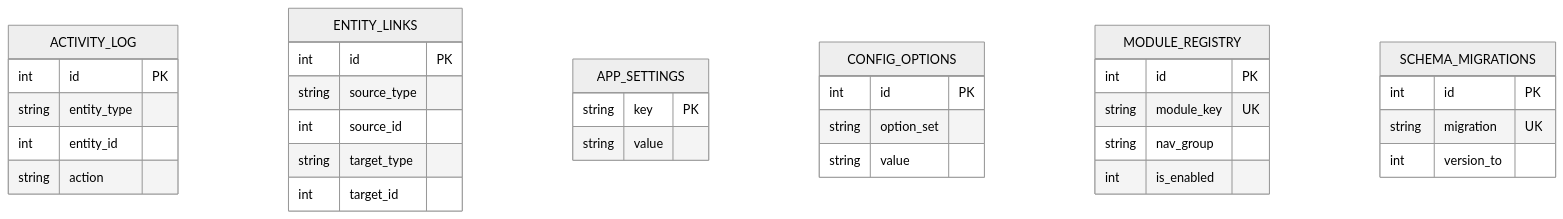
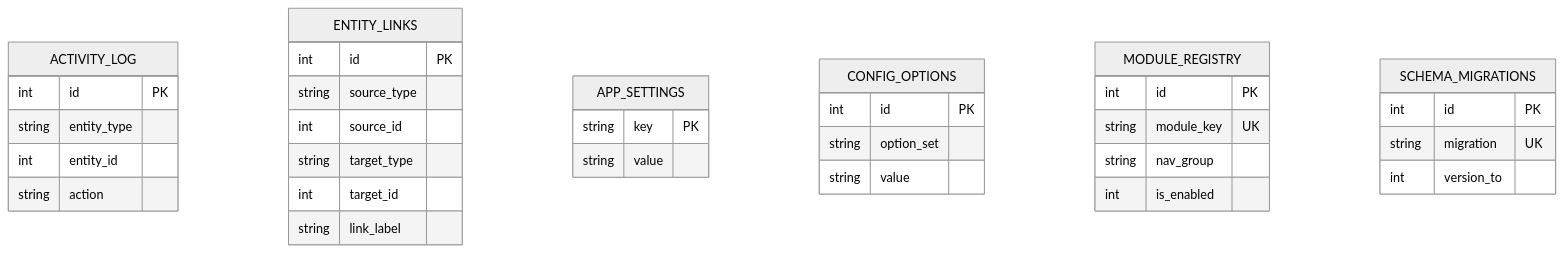
Before and after one commit to brisims34/PersonalOS: the second of 24 diagrams in docs/DATABASE_SCHEMA.md, drawn with Mermaid (neutral theme). The commit also changed other lines of this file and 6 other files, not shown here.

````diff
--- a/docs/DATABASE_SCHEMA.md
+++ b/docs/DATABASE_SCHEMA.md
@@ -138,36 +139,37 @@
 ```mermaid
 erDiagram
     ACTIVITY_LOG {
         int id PK
         string entity_type
         int entity_id
         string action
     }
     ENTITY_LINKS {
         int id PK
         string source_type
         int source_id
         string target_type
         int target_id
+        string link_label
     }
     APP_SETTINGS {
         string key PK
         string value
     }
     CONFIG_OPTIONS {
         int id PK
         string option_set
         string value
     }
     MODULE_REGISTRY {
         int id PK
         string module_key UK
         string nav_group
         int is_enabled
     }
     SCHEMA_MIGRATIONS {
         int id PK
         string migration UK
         int version_to
     }
 ```
````
